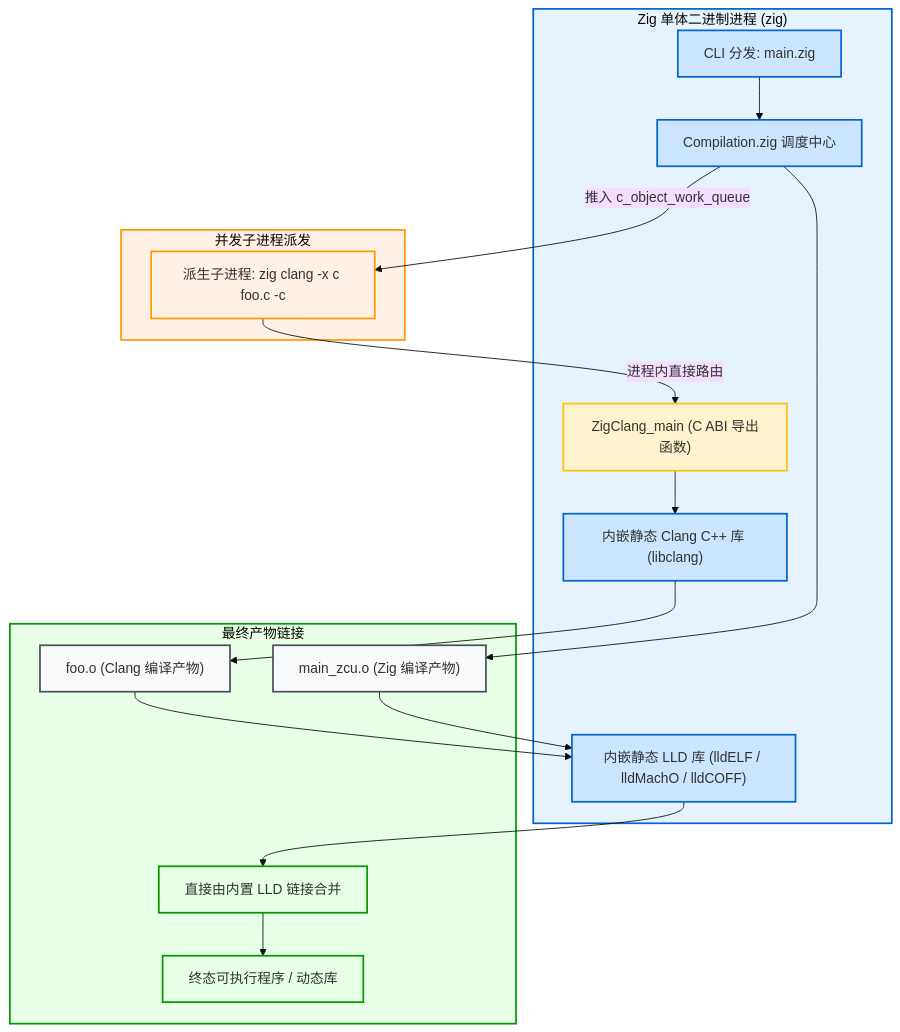
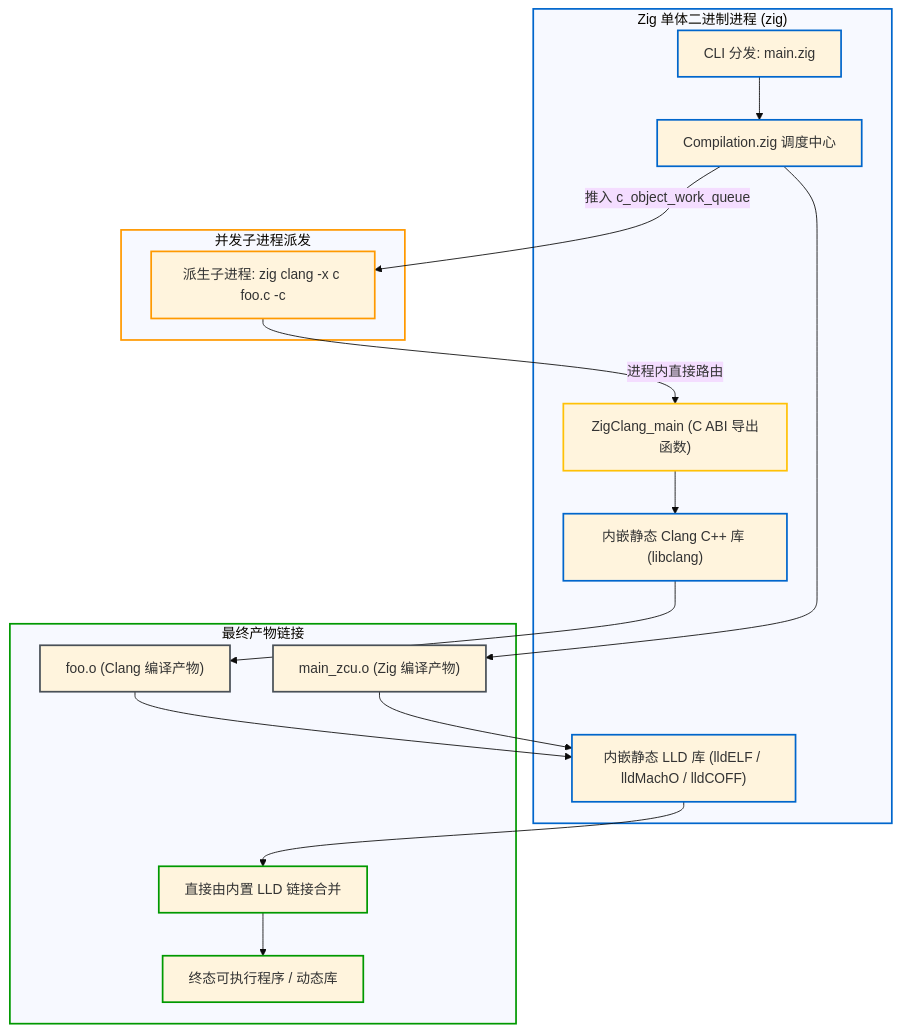
One commit to jiacai2050/x changed the diagram in zig-build/src/internals/clang-lld-internals.md. Above: the diagram before and after it, drawn with Mermaid (base theme). The commit also changed 65 other files, not shown here.

````diff
--- a/zig-build/src/internals/clang-lld-internals.md
+++ b/zig-build/src/internals/clang-lld-internals.md
@@ -9,48 +9,48 @@
 ```mermaid
 graph TD
     subgraph S_ZigMain ["Zig 单体二进制进程 (zig)"]
         Z_Cmd["CLI 分发: main.zig"]
         Z_Comp["Compilation.zig 调度中心"]
         Z_FFI["ZigClang_main (C ABI 导出函数)"]
         Z_ClangLib["内嵌静态 Clang C++ 库 (libclang)"]
         Z_LLDLib["内嵌静态 LLD 库 (lldELF / lldMachO / lldCOFF)"]
     end
 
     subgraph S_Proc ["并发子进程派发"]
         P_ZigClang["派生子进程: zig clang -x c foo.c -c"]
     end
 
     subgraph S_Out ["最终产物链接"]
         O_C["foo.o (Clang 编译产物)"]
         O_Zig["main_zcu.o (Zig 编译产物)"]
         O_Link["直接由内置 LLD 链接合并"]
         O_Bin["终态可执行程序 / 动态库"]
     end
 
     Z_Cmd --> Z_Comp
     Z_Comp -- "推入 c_object_work_queue" --> P_ZigClang
     P_ZigClang -- "进程内直接路由" --> Z_FFI
     Z_FFI --> Z_ClangLib
     Z_ClangLib --> O_C
     Z_Comp --> O_Zig
 
     O_C --> Z_LLDLib
     O_Zig --> Z_LLDLib
     Z_LLDLib --> O_Link
     O_Link --> O_Bin
 
-    classDef default fill:#f8f9fa,stroke:#495057;
-    style S_ZigMain fill:#e6f3ff,stroke:#0066cc,stroke-width:2px;
-    style S_Proc fill:#fff0e6,stroke:#ff9900,stroke-width:2px;
-    style S_Out fill:#e6ffe6,stroke:#009900,stroke-width:2px;
-    style Z_Cmd fill:#cce5ff,stroke:#0066cc,stroke-width:2px;
-    style Z_Comp fill:#cce5ff,stroke:#0066cc,stroke-width:2px;
-    style Z_FFI fill:#fff3cd,stroke:#ffc107,stroke-width:2px;
-    style Z_ClangLib fill:#cce5ff,stroke:#0066cc,stroke-width:2px;
-    style Z_LLDLib fill:#cce5ff,stroke:#0066cc,stroke-width:2px;
-    style P_ZigClang fill:#fff0e6,stroke:#ff9900,stroke-width:2px;
-    style O_C fill:#f8f9fa,stroke:#495057,stroke-width:2px;
-    style O_Zig fill:#f8f9fa,stroke:#495057,stroke-width:2px;
-    style O_Link fill:#e6ffe6,stroke:#009900,stroke-width:2px;
-    style O_Bin fill:#e6ffe6,stroke:#009900,stroke-width:2px;
+    classDef default stroke:#495057;
+    style S_ZigMain stroke:#0066cc,stroke-width:2px;
+    style S_Proc stroke:#ff9900,stroke-width:2px;
+    style S_Out stroke:#009900,stroke-width:2px;
+    style Z_Cmd stroke:#0066cc,stroke-width:2px;
+    style Z_Comp stroke:#0066cc,stroke-width:2px;
+    style Z_FFI stroke:#ffc107,stroke-width:2px;
+    style Z_ClangLib stroke:#0066cc,stroke-width:2px;
+    style Z_LLDLib stroke:#0066cc,stroke-width:2px;
+    style P_ZigClang stroke:#ff9900,stroke-width:2px;
+    style O_C stroke:#495057,stroke-width:2px;
+    style O_Zig stroke:#495057,stroke-width:2px;
+    style O_Link stroke:#009900,stroke-width:2px;
+    style O_Bin stroke:#009900,stroke-width:2px;
 ```
````
